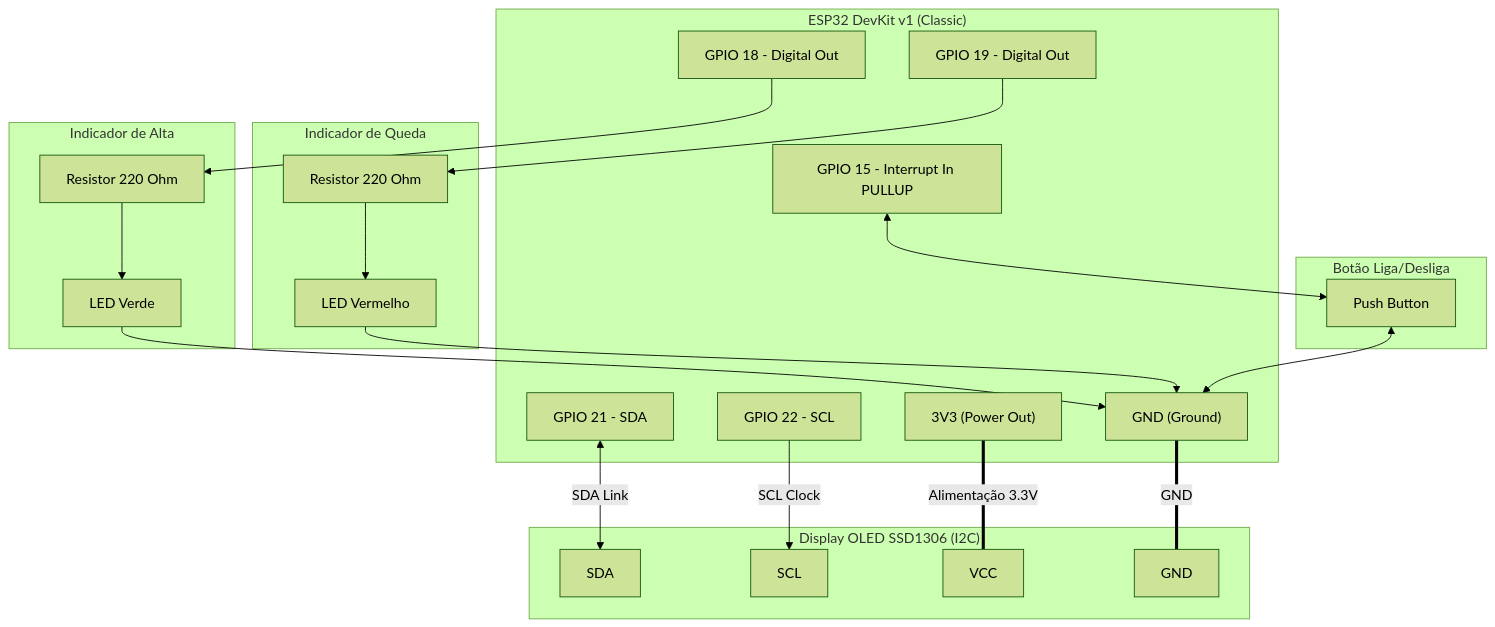
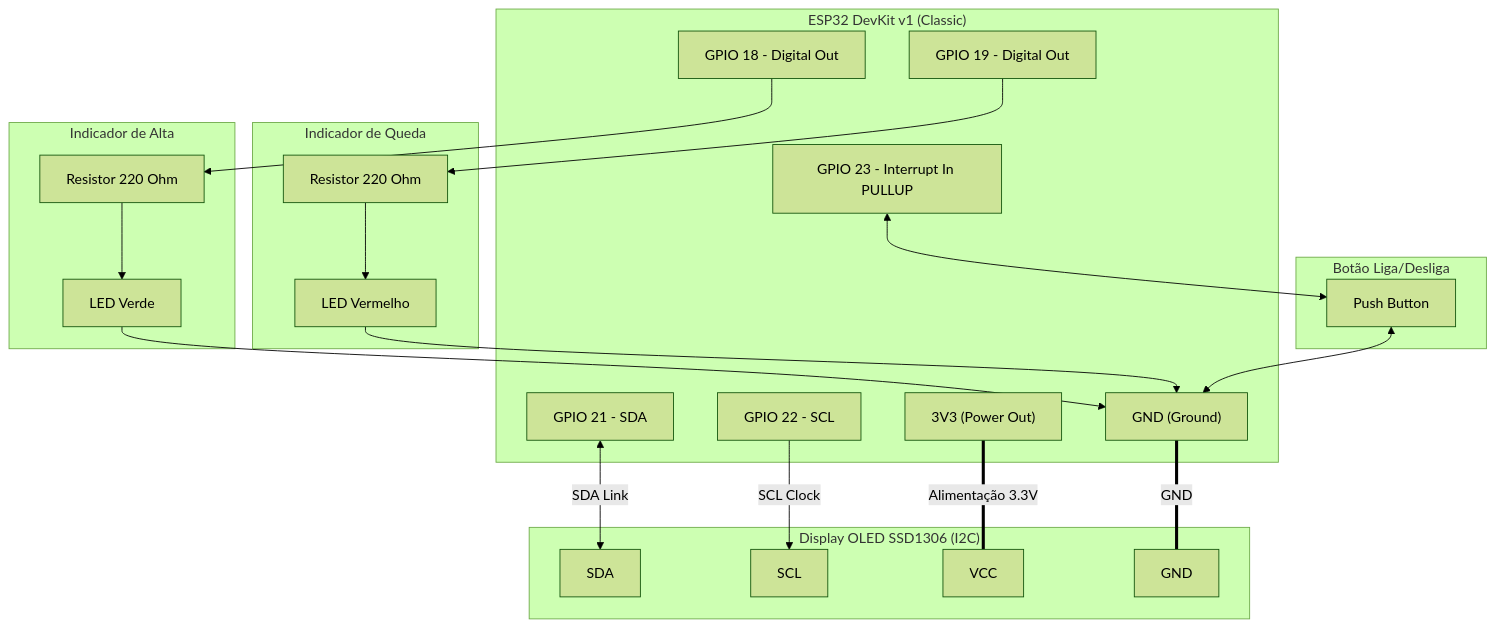
Before and after one commit to victor-meireles/bitcoin-price-tracker: the first of 3 diagrams in README.md, drawn with Mermaid (forest theme). The commit also changed other lines of this file, not shown here.

Commit message:
docs: update power button gpio pin definition to 23

````diff
--- a/README.md
+++ b/README.md
@@ -67,52 +67,52 @@
 ```mermaid
 graph TD
     subgraph ESP32_Classic ["ESP32 DevKit v1 (Classic)"]
         G21[GPIO 21 - SDA]
         G22[GPIO 22 - SCL]
         G18[GPIO 18 - Digital Out]
         G19[GPIO 19 - Digital Out]
-        G15[GPIO 15 - Interrupt In PULLUP]
+        G23[GPIO 23 - Interrupt In PULLUP]
         V33["3V3 (Power Out)"]
         GND_ESP["GND (Ground)"]
     end
 
     subgraph Display_Classic ["Display OLED SSD1306 (I2C)"]
         D_SDA[SDA]
         D_SCL[SCL]
         D_VCC[VCC]
         D_GND[GND]
     end
 
     subgraph Led_Alta ["Indicador de Alta"]
         LED_G[LED Verde]
         RES_G[Resistor 220 Ohm]
     end
 
     subgraph Led_Queda ["Indicador de Queda"]
         LED_R[LED Vermelho]
         RES_R[Resistor 220 Ohm]
     end
 
     subgraph Botao_Power ["Botão Liga/Desliga"]
         BTN[Push Button]
     end
 
     %% Conexões OLED
     G21 <--> |SDA Link| D_SDA
     G22 --> |SCL Clock| D_SCL
     V33 === |Alimentação 3.3V| D_VCC
     GND_ESP === |GND| D_GND
 
     %% Conexões LEDs
     G18 --> RES_G
     RES_G --> LED_G
     LED_G --> GND_ESP
 
     G19 --> RES_R
     RES_R --> LED_R
     LED_R --> GND_ESP
 
     %% Conexões Botão
-    G15 <--> BTN
+    G23 <--> BTN
     BTN <--> GND_ESP
 ```
````
